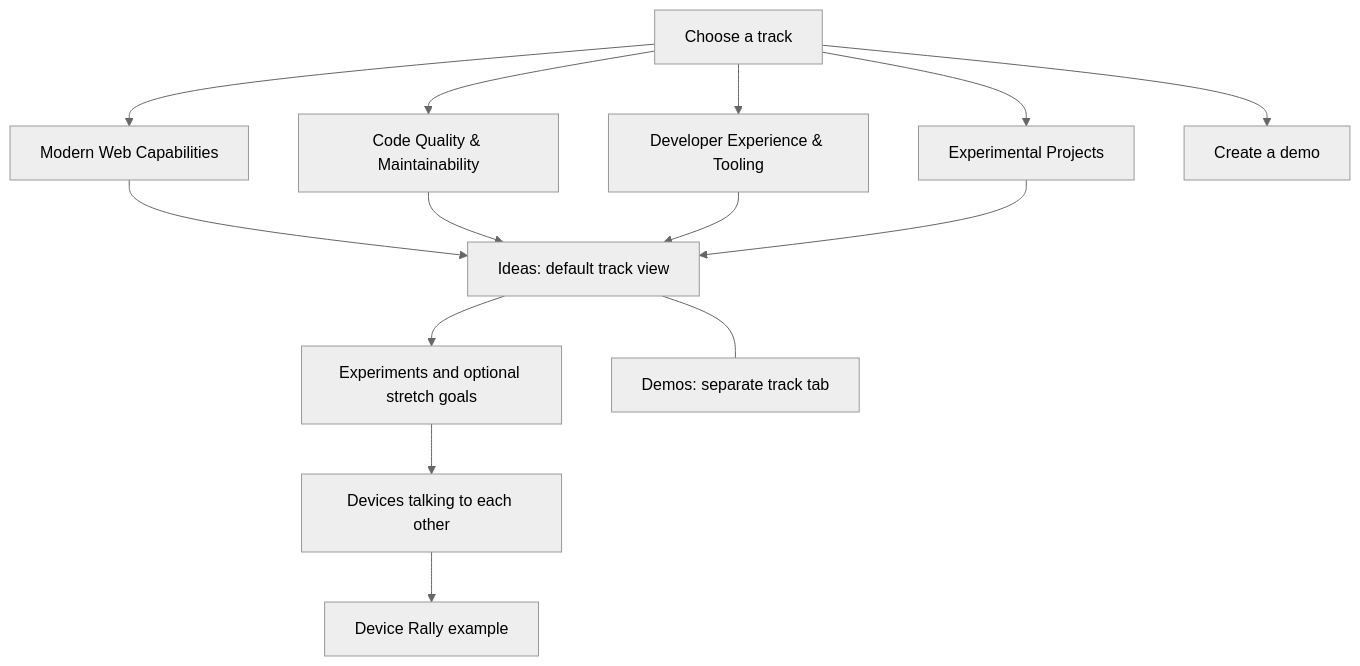
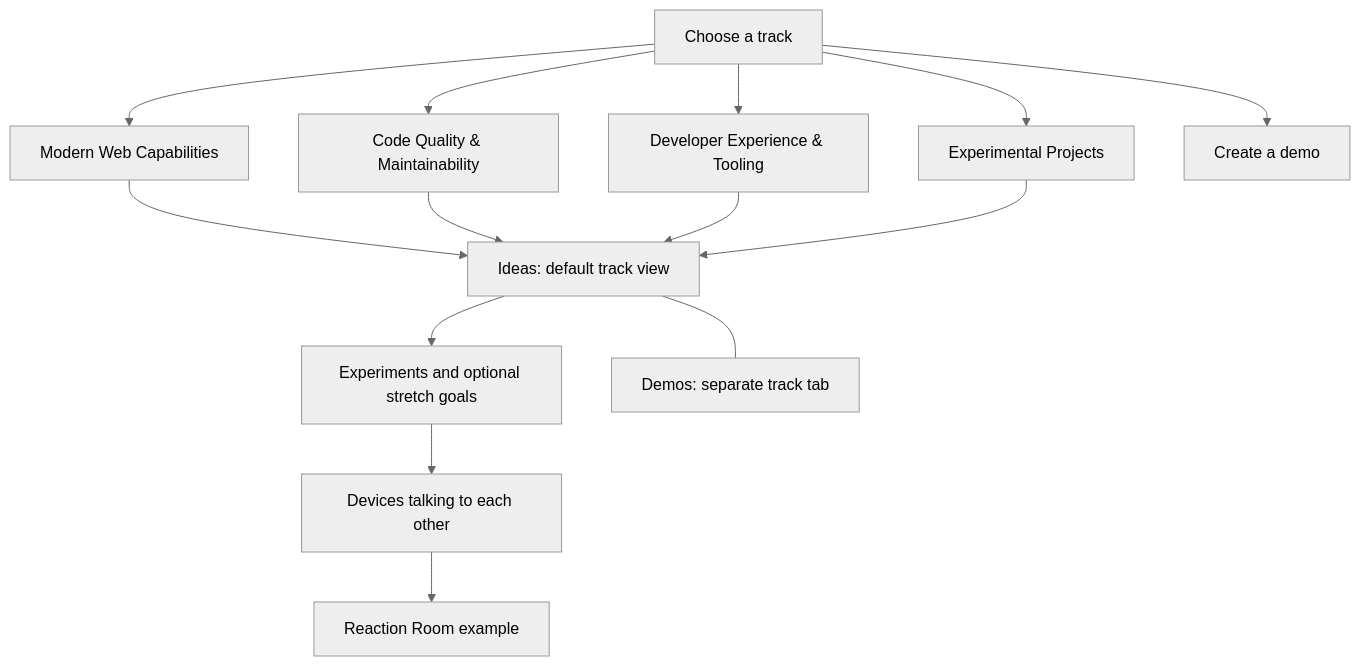
The diagram in gallery/docs/navigation.mmd (mortenbroesby/frontend-lab), drawn with Mermaid (neutral theme) before and after one commit. The commit also changed 17 other files, not shown here.

Commit message:
Rename Device Rally package and references to Reaction Room

```diff
--- a/gallery/docs/navigation.mmd
+++ b/gallery/docs/navigation.mmd
@@ -1,11 +1,11 @@
 flowchart TD
   Home[Choose a track] --> Modern[Modern Web Capabilities]
   Home --> Quality[Code Quality & Maintainability]
   Home --> Tooling[Developer Experience & Tooling]
   Home --> Projects[Experimental Projects]
   Modern & Quality & Tooling & Projects --> Ideas[Ideas: default track view]
   Ideas --> Details[Experiments and optional stretch goals]
   Ideas --- Demos[Demos: separate track tab]
   Details --> Devices[Devices talking to each other]
-  Devices --> Rally[Device Rally example]
+  Devices --> ReactionRoom[Reaction Room example]
   Home --> Create[Create a demo]
```
